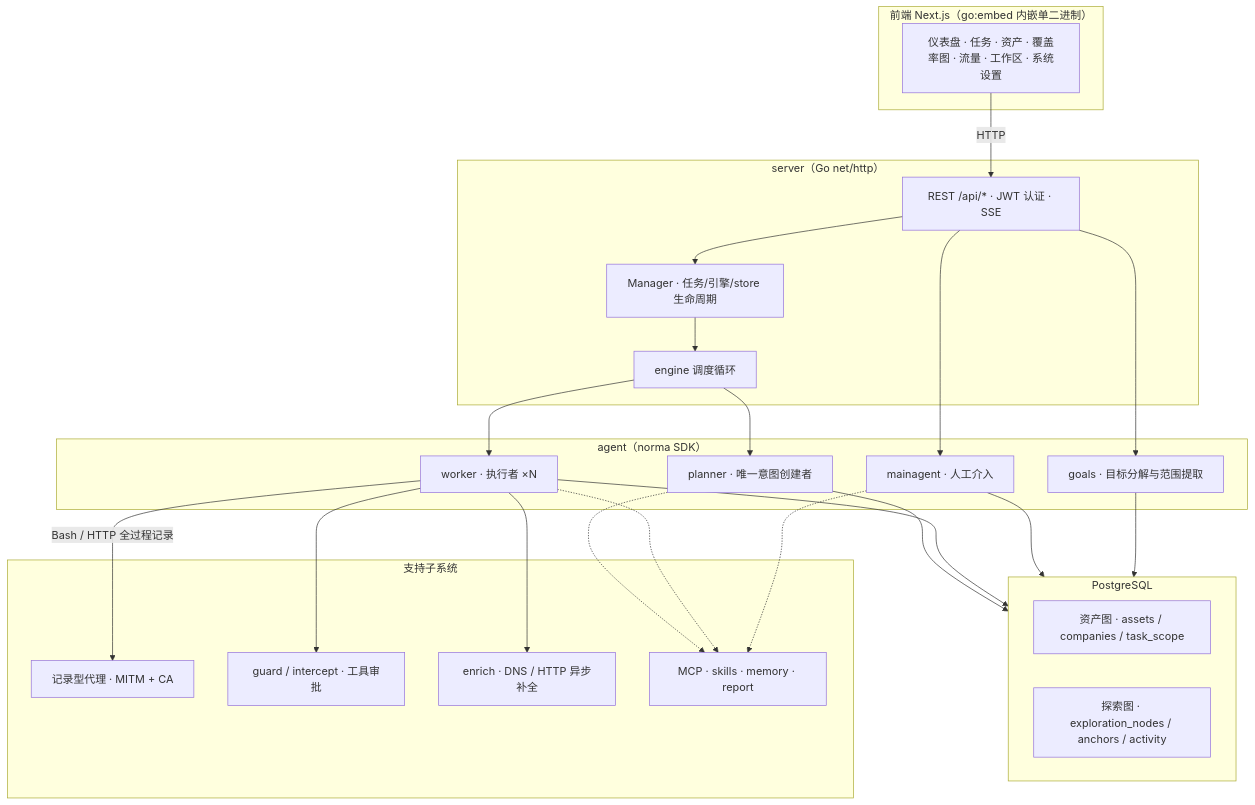
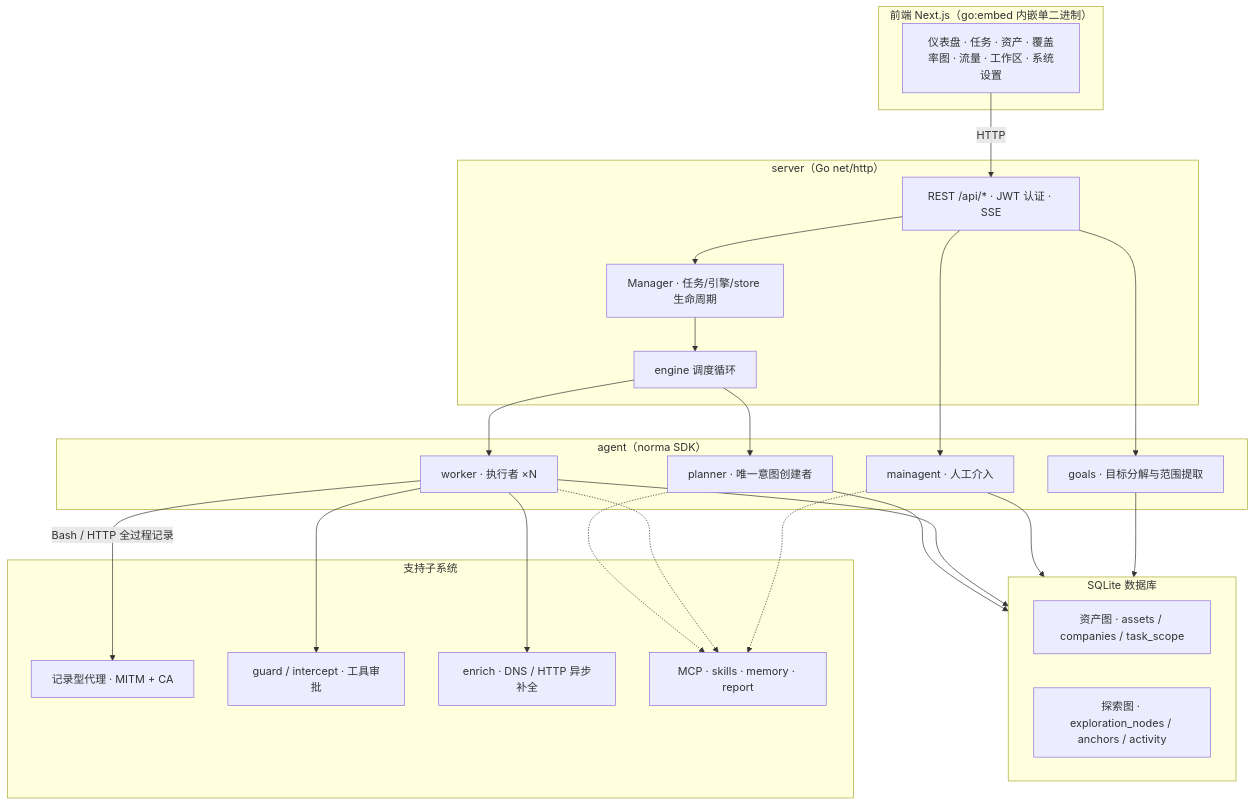
The first of 5 diagrams in README.md (j5tv9nfzhn-hue/ARTEX-HYDRA), drawn with Mermaid before and after one commit. The commit also changed other lines of this file and 16 other files, not shown here.

````diff
--- a/README.md
+++ b/README.md
@@ -188,43 +189,43 @@
 ```mermaid
 flowchart TB
   subgraph FE["前端 Next.js（go:embed 内嵌单二进制）"]
     UI["仪表盘 · 任务 · 资产 · 覆盖率图 · 流量 · 工作区 · 系统设置"]
   end
   subgraph SRV["server（Go net/http）"]
     API["REST /api/* · JWT 认证 · SSE"]
     ENG["engine 调度循环"]
     MGR["Manager · 任务/引擎/store 生命周期"]
   end
   subgraph AG["agent（norma SDK）"]
     GO["goals · 目标分解与范围提取"]
     PL["planner · 唯一意图创建者"]
     WK["worker · 执行者 ×N"]
     MA["mainagent · 人工介入"]
   end
-  subgraph DB["PostgreSQL"]
+  subgraph DB["SQLite 数据库"]
     AGRAPH["资产图 · assets / companies / task_scope"]
     EGRAPH["探索图 · exploration_nodes / anchors / activity"]
   end
   subgraph SUB["支持子系统"]
     PROXY["记录型代理 · MITM + CA"]
     GUARD["guard / intercept · 工具审批"]
     ENR["enrich · DNS / HTTP 异步补全"]
     EXT["MCP · skills · memory · report"]
   end
   UI -->|HTTP| API
   API --> MGR --> ENG
   ENG --> PL
   ENG --> WK
   API --> MA
   API --> GO
   PL --> DB
   WK --> DB
   MA --> DB
   GO --> DB
   WK -->|"Bash / HTTP 全过程记录"| PROXY
   WK --> GUARD
   WK --> ENR
   PL -.-> EXT
   WK -.-> EXT
   MA -.-> EXT
 ```
````
